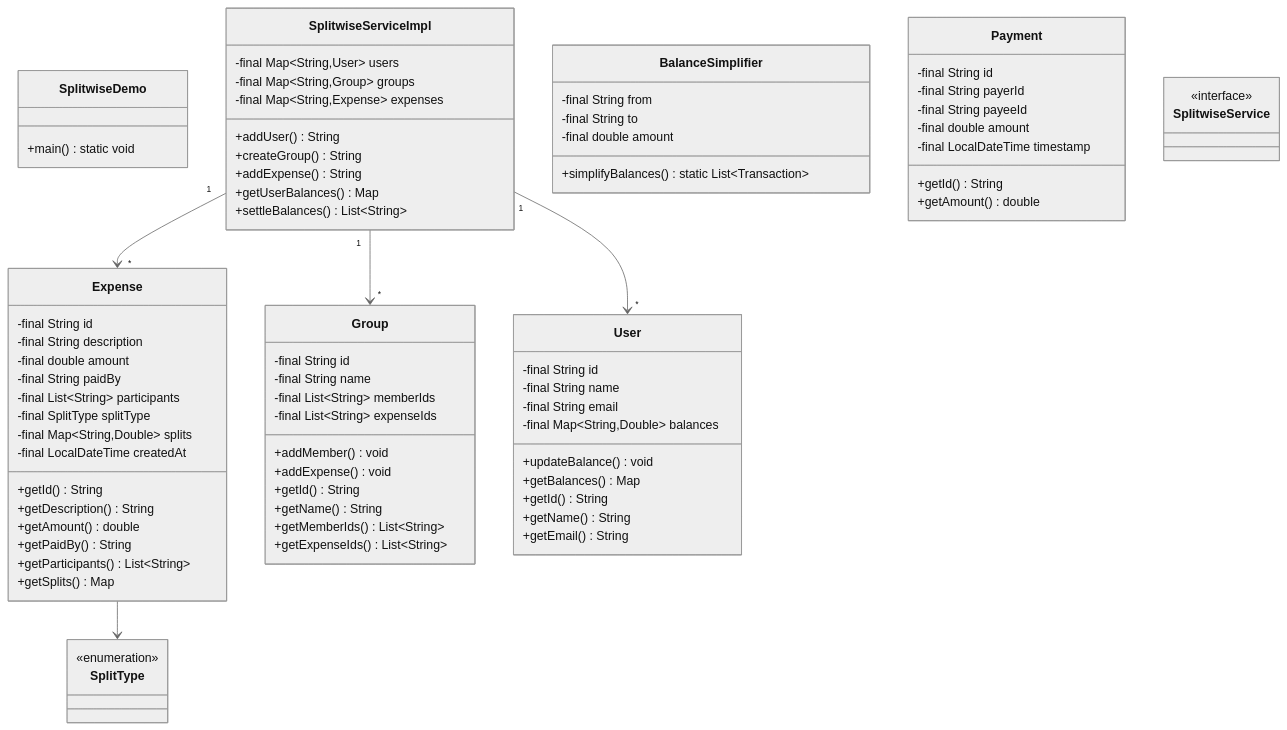
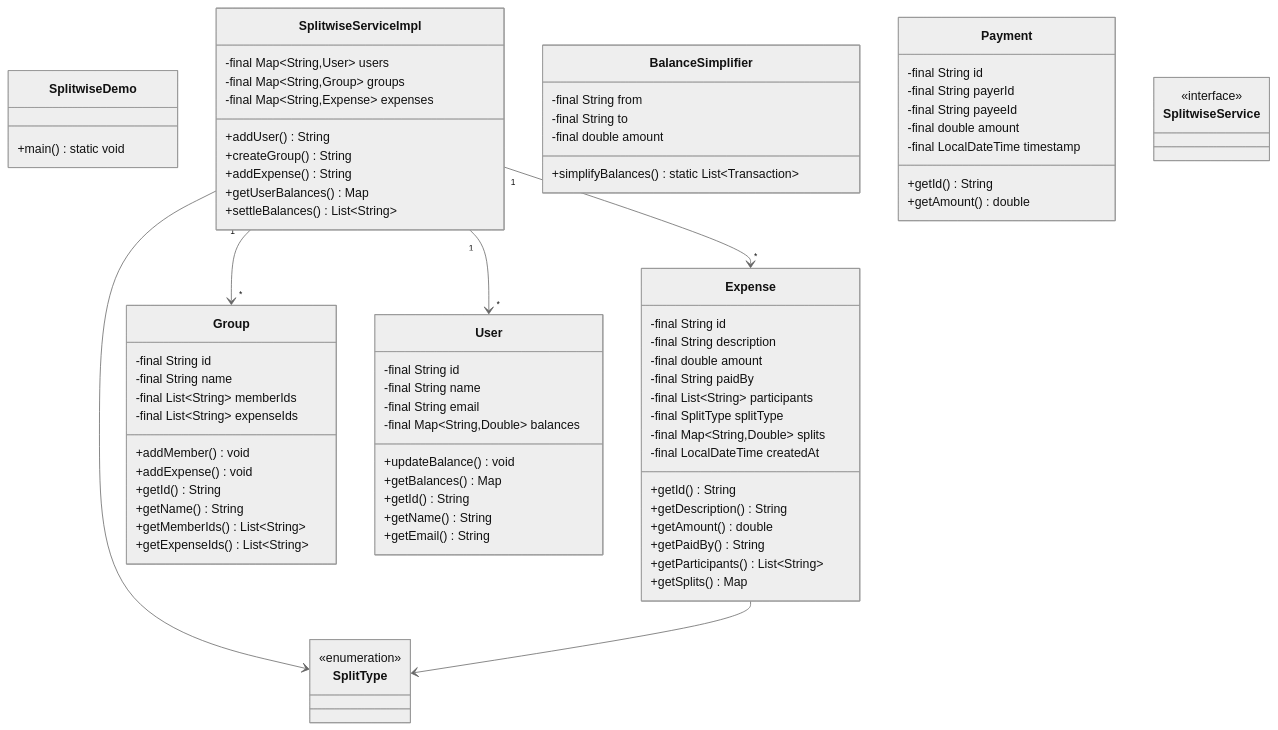
Before and after one commit to dlkr18/lld-playbook: the diagram in docs/problems/splitwise/README.md, drawn with Mermaid (neutral theme). The commit also changed 113 other files, not shown here.

````diff
--- a/docs/problems/splitwise/README.md
+++ b/docs/problems/splitwise/README.md
@@ -160,5 +160,6 @@
     SplitwiseServiceImpl "1" --> "*" User
     SplitwiseServiceImpl "1" --> "*" Group
     SplitwiseServiceImpl "1" --> "*" Expense
+    SplitwiseServiceImpl --> SplitType
     Expense --> SplitType
 ```
````
